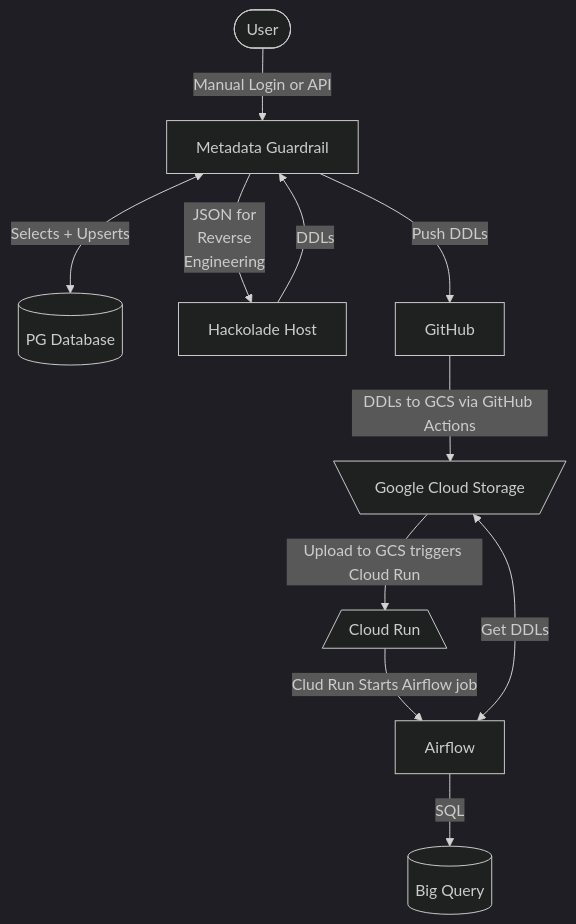
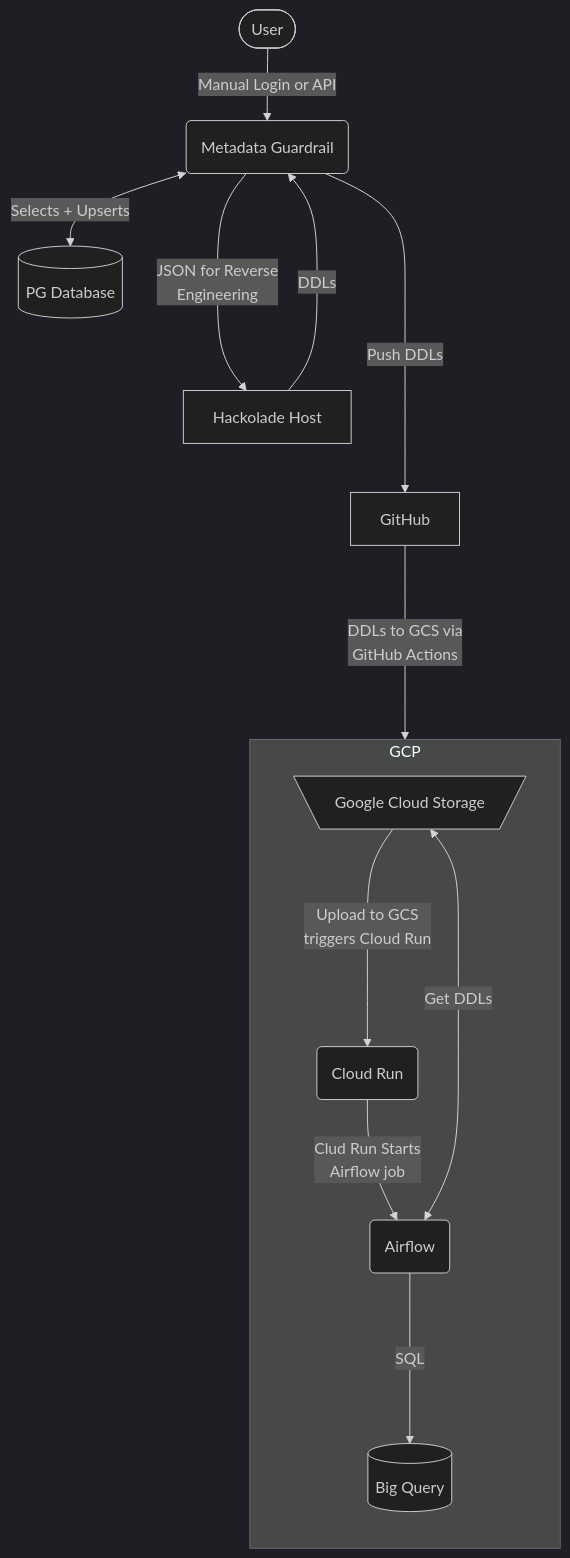
One commit to notaCS-glitch/mgh_resume changed the diagram in README.md. Above: the diagram before and after it, drawn with Mermaid (dark theme). The commit also changed other lines of this file, not shown here.

````diff
--- a/README.md
+++ b/README.md
@@ -62,15 +62,17 @@
-     ```mermaid
-     graph TD;
-     User([User]) -->|Manual Login or API| MG[Metadata Guardrail]
-     MG <--> |Selects + Upserts| DB[(PG Database)]
-     MG --> |JSON for 
-        Reverse 
-        Engineering| Hack[Hackolade Host]
-     Hack --> |DDLs| MG
-     MG --> |Push DDLs| GH[GitHub]
-     GH --> |DDLs to GCS via GitHub Actions| GCS[\Google Cloud Storage/]
-     GCS --> |Upload to GCS triggers Cloud Run| CR[/Cloud Run\]
-     CR --> |Clud Run Starts Airflow job| AF[Airflow]
-     AF <--> |Get DDLs| GCS
-     AF --> |SQL| BQ[(Big Query)]
-     ```
+        ```mermaid
+        graph TB
+            User([User]) -->|Manual Login or API| MG(Metadata Guardrail)
+            MG <--> |Selects + Upserts| DB[(PG Database)]
+            MG ---> |JSON for Reverse<br>Engineering| Hack[Hackolade Host]
+            Hack --> |DDLs| MG
+            MG ----> |Push DDLs| GH[GitHub]
+            GH ----> |DDLs to GCS via<br>GitHub Actions| GCS[\Google Cloud Storage/]
+        
+            subgraph GCP
+                direction TB
+                    GCS ---> |Upload to GCS<br>triggers Cloud Run| CR(Cloud Run)
+                    CR --> |Clud Run Starts<br>Airflow job| AF(Airflow)
+                    AF <--> |Get DDLs| GCS
+                    AF ---> |SQL| BQ[(Big Query)]
+            end
+        ``` 
````
